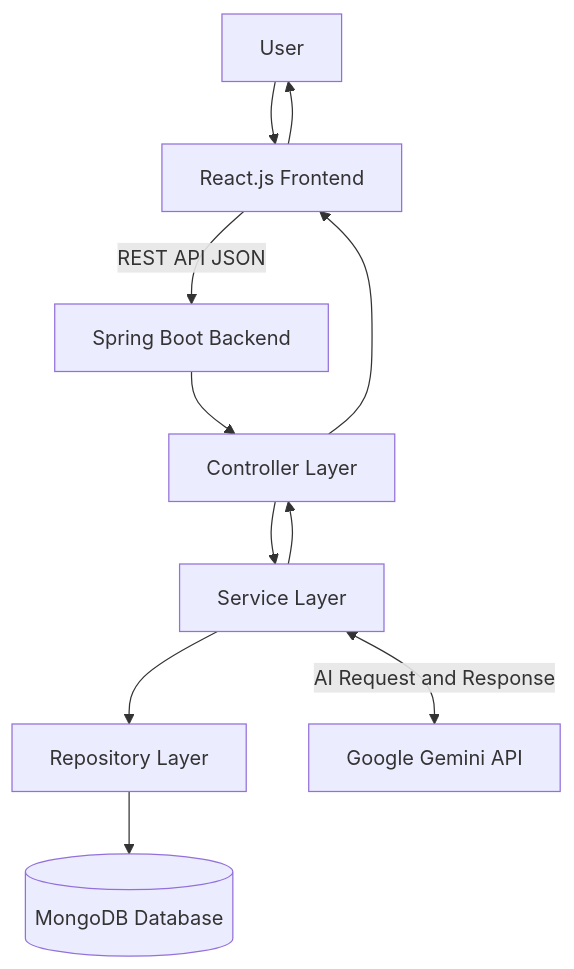
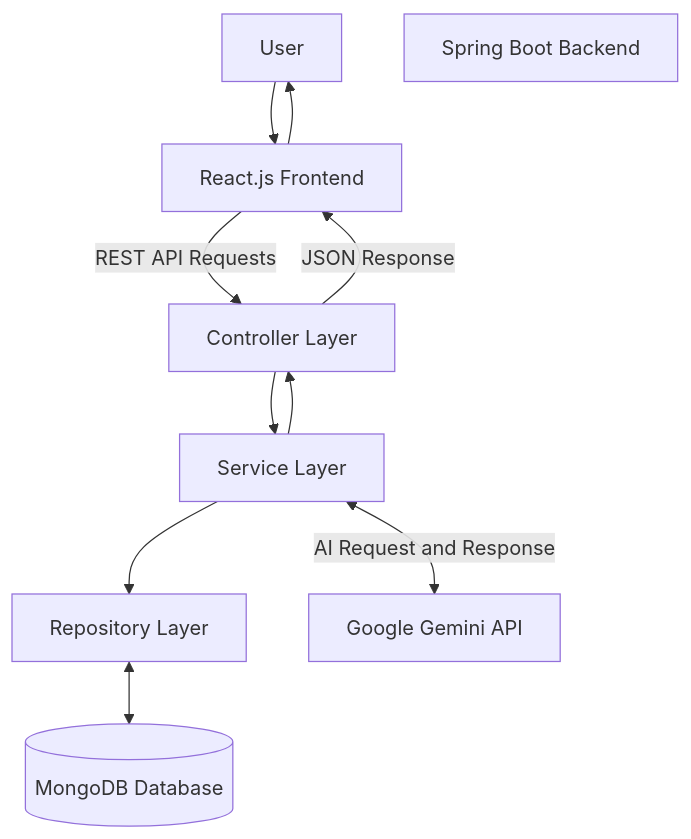
Before and after one commit to Snadip2929/ai-powered-kanban-planner: the first of 3 diagrams in documentation/System_Design.md, drawn with Mermaid. The commit also changed other lines of this file, not shown here.

````diff
--- a/documentation/System_Design.md
+++ b/documentation/System_Design.md
@@ -9,22 +15,25 @@
 ```mermaid
 flowchart TD
     U[User]
     FE[React.js Frontend]
     BE[Spring Boot Backend]
+
     C[Controller Layer]
     S[Service Layer]
     R[Repository Layer]
+
     DB[(MongoDB Database)]
     AI[Google Gemini API]
 
     U --> FE
-    FE -->|REST API JSON| BE
-    BE --> C
+    FE -->|REST API Requests| C
     C --> S
     S --> R
-    R --> DB
+    R <--> DB
+
     S <-->|AI Request and Response| AI
+
     S --> C
-    C --> FE
+    C -->|JSON Response| FE
     FE --> U
 ```
````
